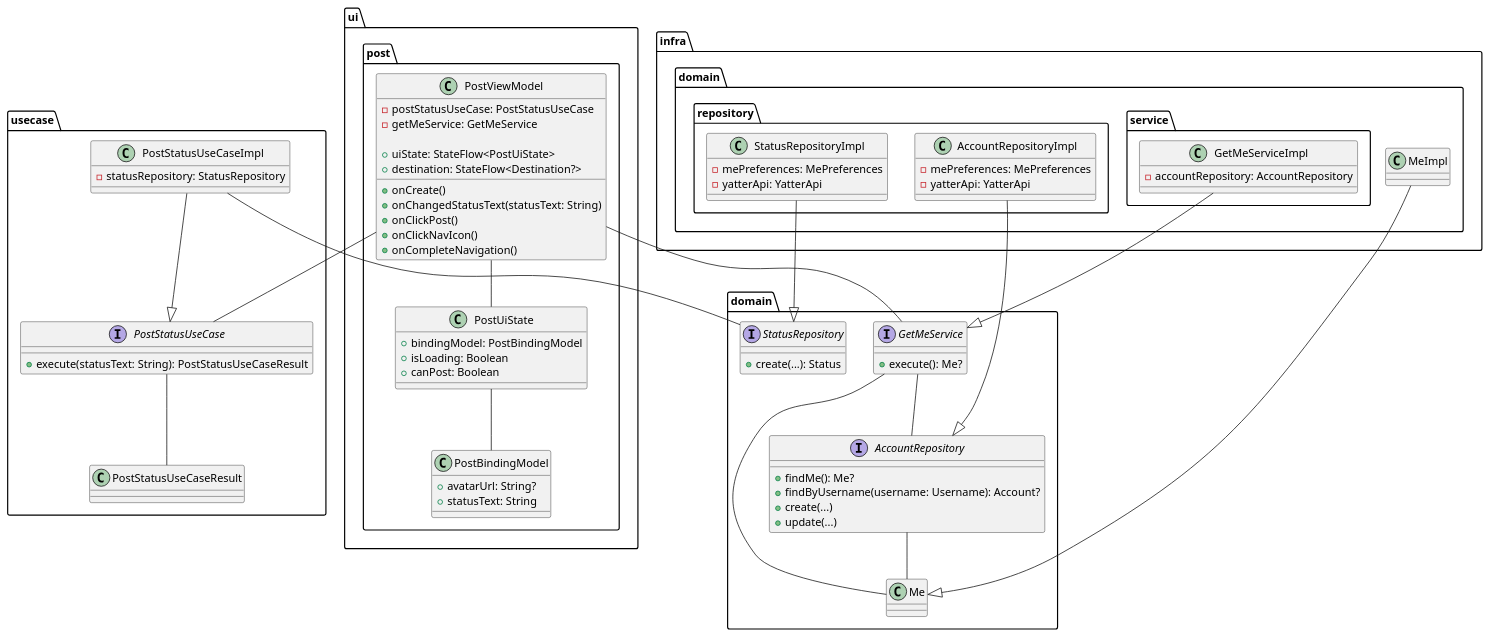
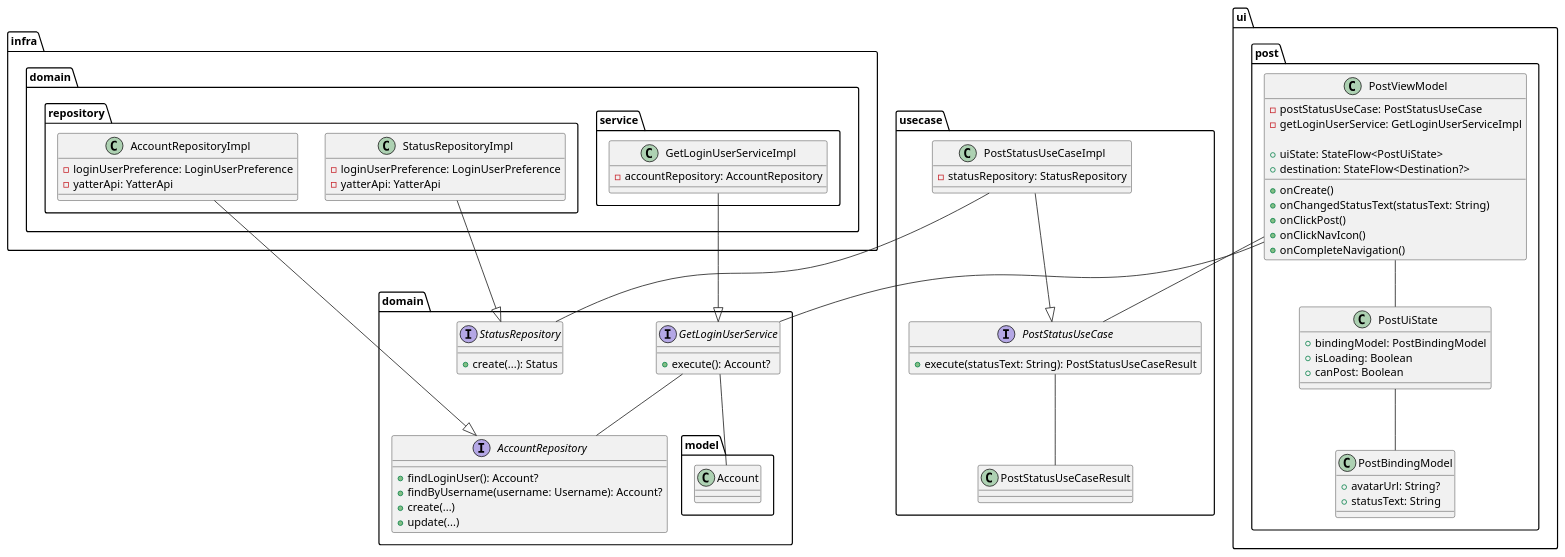
One commit to suzukibelltree/Yatter2025-Internship changed the diagram in design/tweet.puml. Above: the diagram before and after it, drawn with PlantUML. The commit also changed 26 other files, not shown here.

```diff
--- a/design/tweet.puml
+++ b/design/tweet.puml
@@ -1,101 +1,101 @@
 @startuml
 
 package domain {
-  class Me
+  package model {
+    class Account
+  }
+
   interface AccountRepository {
-    + findMe(): Me?
+    + findLoginUser(): Account?
     + findByUsername(username: Username): Account?
     + create(...)
     + update(...)
   }
 
-  interface GetMeService {
-    + execute(): Me?
+  interface GetLoginUserService {
+    + execute(): Account?
   }
 
   interface StatusRepository {
     + create(...): Status
   }
 }
 
 package infra {
   package domain {
-    class MeImpl
     package repository {
       class AccountRepositoryImpl {
-        - mePreferences: MePreferences
+        - loginUserPreference: LoginUserPreference
         - yatterApi: YatterApi
       }
 
       class StatusRepositoryImpl {
-        - mePreferences: MePreferences
+        - loginUserPreference: LoginUserPreference
         - yatterApi: YatterApi
       }
     }
     package service {
-      class GetMeServiceImpl {
+      class GetLoginUserServiceImpl {
         - accountRepository: AccountRepository
       }
     }
   }
 }
 
 package usecase {
   interface PostStatusUseCase {
     + execute(statusText: String): PostStatusUseCaseResult
   }
 
   class PostStatusUseCaseImpl {
     - statusRepository: StatusRepository
   }
 
   class PostStatusUseCaseResult
 }
 
 package ui.post {
   class PostViewModel {
     - postStatusUseCase: PostStatusUseCase
-    - getMeService: GetMeService
+    - getLoginUserService: GetLoginUserServiceImpl
 
     + uiState: StateFlow<PostUiState>
     + destination: StateFlow<Destination?>
 
     + onCreate()
     + onChangedStatusText(statusText: String)
     + onClickPost()
     + onClickNavIcon()
     + onCompleteNavigation()
   }
 
   class PostUiState {
     + bindingModel: PostBindingModel
     + isLoading: Boolean
     + canPost: Boolean
   }
 
   class PostBindingModel {
     + avatarUrl: String?
     + statusText: String
   }
 }
 
-MeImpl --|> Me
-AccountRepository -- Me
-GetMeService -- Me
+GetLoginUserService -- Account
 
-GetMeServiceImpl --|> GetMeService
+GetLoginUserServiceImpl --|> GetLoginUserService
 AccountRepositoryImpl --|> AccountRepository
 StatusRepositoryImpl --|> StatusRepository
 
-GetMeService -- AccountRepository
+GetLoginUserService -- AccountRepository
 
 PostStatusUseCaseImpl --|> PostStatusUseCase
 PostStatusUseCase -- PostStatusUseCaseResult
 PostStatusUseCaseImpl -- StatusRepository
 
 PostViewModel -- PostUiState
 PostUiState -- PostBindingModel
 
 PostViewModel -- PostStatusUseCase
-PostViewModel -- GetMeService
+PostViewModel -- GetLoginUserService
 @enduml
```
